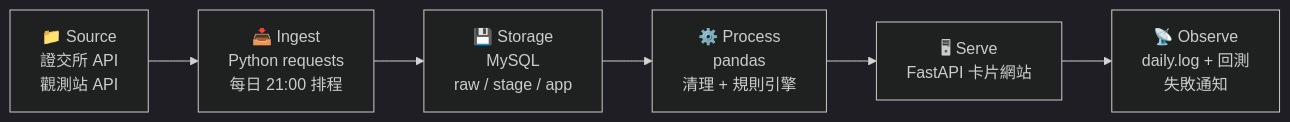
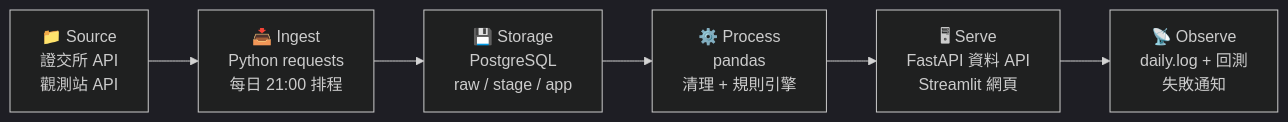
One commit to hannahTai/G2-attention_stock_tracker-tw_stock changed the diagram in README.md. Above: the diagram before and after it, drawn with Mermaid (dark theme). The commit also changed other lines of this file and 2 other files, not shown here.

````diff
--- a/README.md
+++ b/README.md
@@ -27,8 +27,8 @@
 ```mermaid
 flowchart LR
     S["📁 Source<br/>證交所 API<br/>觀測站 API"] --> I["📥 Ingest<br/>Python requests<br/>每日 21:00 排程"]
-    I --> ST["💾 Storage<br/>MySQL<br/>raw / stage / app"]
+    I --> ST["💾 Storage<br/>PostgreSQL<br/>raw / stage / app"]
     ST --> P["⚙️ Process<br/>pandas<br/>清理 + 規則引擎"]
-    P --> SE["🖥 Serve<br/>FastAPI 卡片網站"]
+    P --> SE["🖥 Serve<br/>FastAPI 資料 API<br/>Streamlit 網頁"]
     SE --> O["📡 Observe<br/>daily.log + 回測<br/>失敗通知"]
 ```
````
